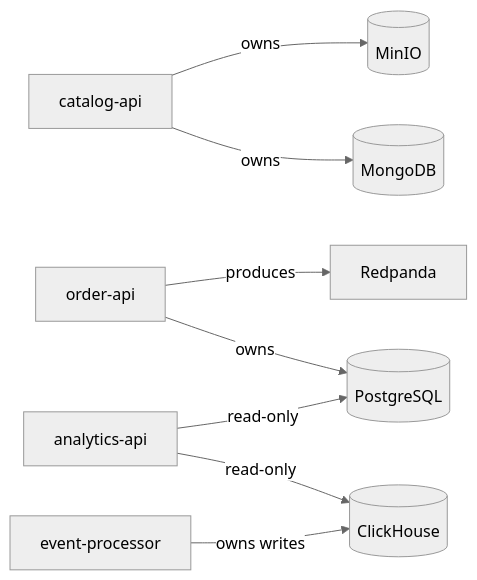
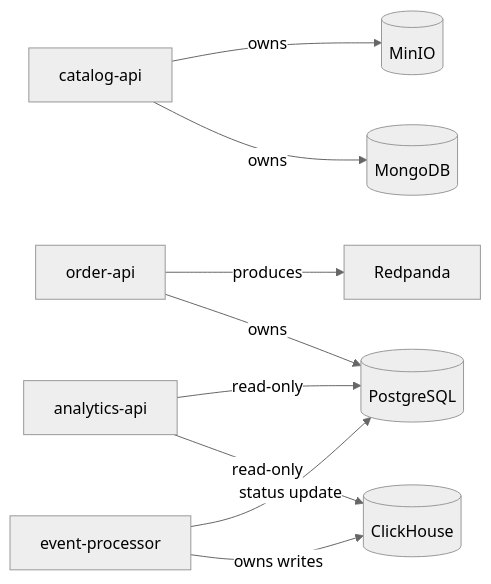
Before and after one commit to ianckc/streamshop-distributed-system: the diagram in docs/docs/architecture/microservices.mdx, drawn with Mermaid (neutral theme). The commit also changed other lines of this file and 36 other files, not shown here.

````diff
--- a/docs/docs/architecture/microservices.mdx
+++ b/docs/docs/architecture/microservices.mdx
@@ -75,10 +81,11 @@
 ```mermaid
 flowchart LR
   Catalog[catalog-api] -->|owns| Mongo[(MongoDB)]
   Catalog -->|owns| MinIO[(MinIO)]
   Order[order-api] -->|owns| Postgres[(PostgreSQL)]
   Order -->|produces| Redpanda[Redpanda]
   Processor[event-processor] -->|owns writes| ClickHouse[(ClickHouse)]
+  Processor -->|status update| Postgres
   Analytics[analytics-api] -->|read-only| ClickHouse
   Analytics -->|read-only| Postgres
 ```
````
